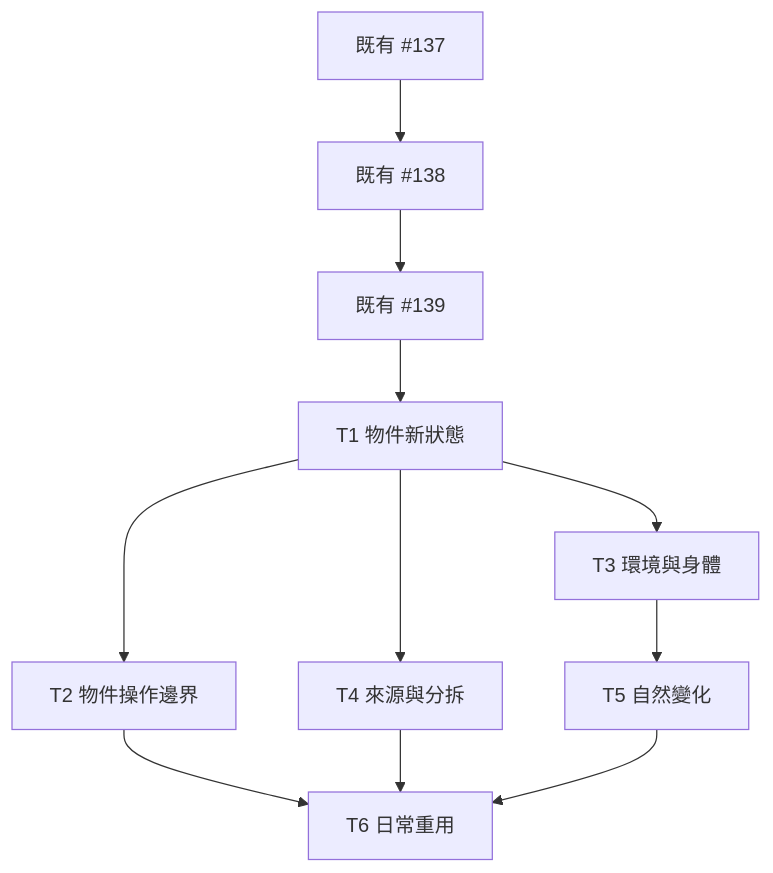
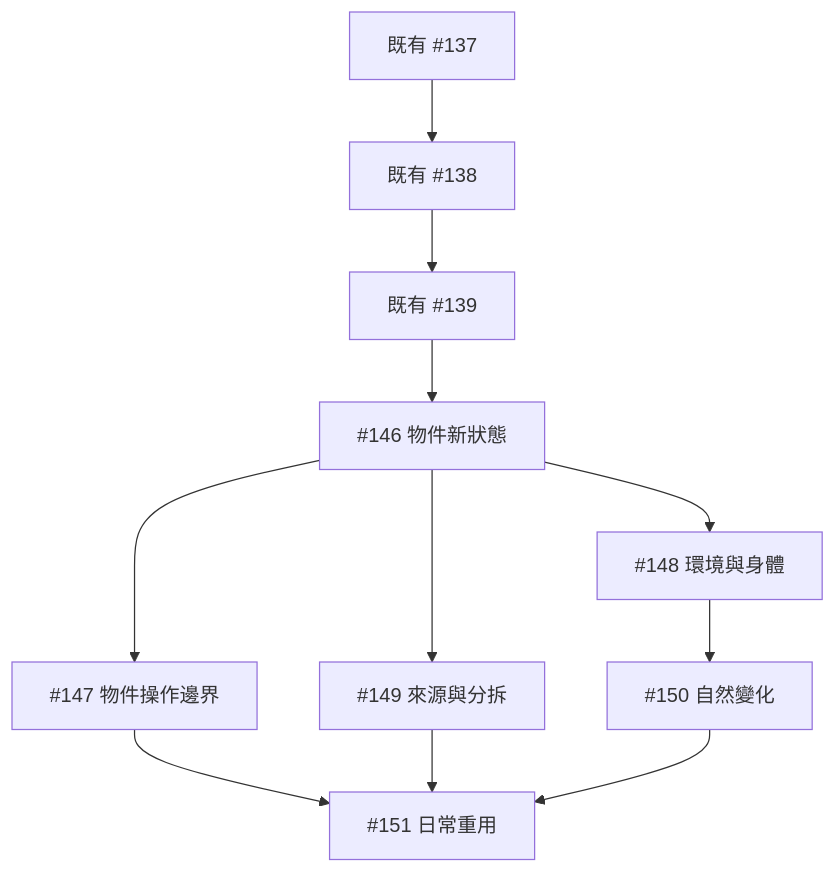
Before and after one commit to sarekoubeYohane/quiet-hours-npc: the diagram in docs/plans/world-changes-tickets-2026-10-21.md, drawn with Mermaid. The commit also changed other lines of this file, not shown here.

````diff
--- a/docs/plans/world-changes-tickets-2026-10-21.md
+++ b/docs/plans/world-changes-tickets-2026-10-21.md
@@ -29,13 +29,13 @@
 ```mermaid
 flowchart TD
   P137["既有 #137"] --> P138["既有 #138"]
   P138 --> P139["既有 #139"]
-  P139 --> T1["T1 物件新狀態"]
-  T1 --> T2["T2 物件操作邊界"]
-  T1 --> T3["T3 環境與身體"]
-  T1 --> T4["T4 來源與分拆"]
-  T3 --> T5["T5 自然變化"]
-  T2 --> T6["T6 日常重用"]
+  P139 --> T1["#146 物件新狀態"]
+  T1 --> T2["#147 物件操作邊界"]
+  T1 --> T3["#148 環境與身體"]
+  T1 --> T4["#149 來源與分拆"]
+  T3 --> T5["#150 自然變化"]
+  T2 --> T6["#151 日常重用"]
   T4 --> T6
   T5 --> T6
 ```
````
